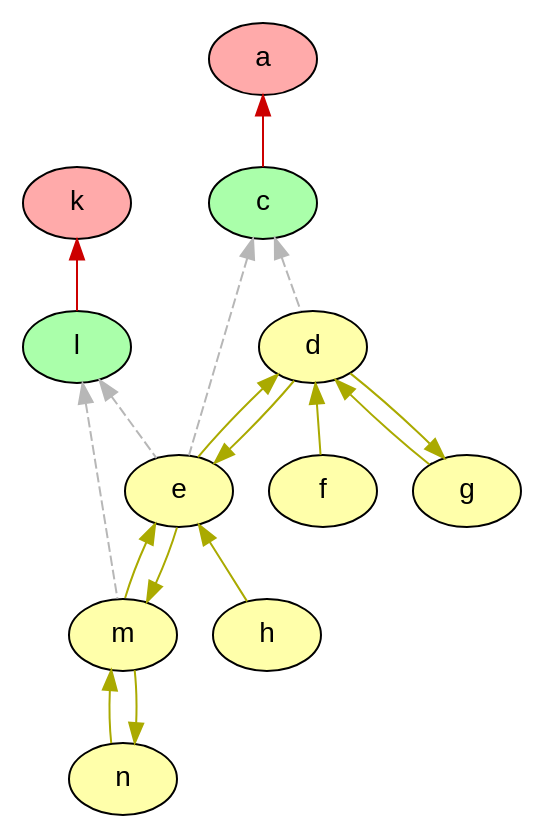
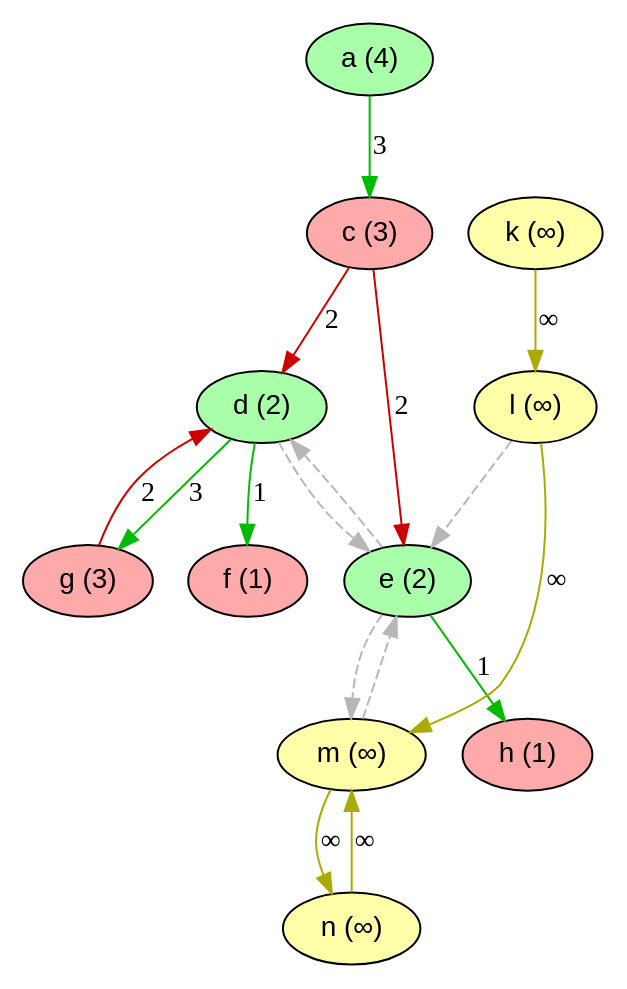
Before and after one commit to idaks/Games-and-Argumentation: the diagram in lib/graphs/game_graph_colored.dot, drawn with Graphviz. The commit also changed 20 other files, not shown here.

```diff
--- a/lib/graphs/game_graph_colored.dot
+++ b/lib/graphs/game_graph_colored.dot
@@ -1,25 +1,38 @@
 digraph G {
   node [shape=oval style=filled fontname=Helvetica fontsize=14]
-  node [fillcolor="#AAFFAA" fontcolor="#000000"] c l;
-  node [fillcolor="#FFAAAA" fontcolor="#000000"] a k;
-  node [fillcolor="#FFFFAA" fontcolor="#000000"] d e m f g h n;
-  edge [dir=back, color="#CC0000", style="solid"]
+  node [fillcolor="#AAFFAA" fontcolor="#000000"] 
+       a[label="a (4)"] 
+       d[label="d (2)"] 
+       e[label="e (2)"];
+  node [fillcolor="#FFAAAA" fontcolor="#000000"] 
+       c[label="c (3)"] 
+       f[label="f (1)"] 
+       g[label="g (3)"] 
+       h[label="h (1)"];
+  node [fillcolor="#FFFFAA" fontcolor="#000000"] 
+       k[label="k (∞)"] 
+       l[label="l (∞)"] 
+       m[label="m (∞)"] 
+       n[label="n (∞)"];
+  edge [dir=forward, color="#00BB00", style="solid", label="3"]
         "a" -> "c";
+        "d" -> "g";
+  edge [dir=forward, color="#AAAA00", style="solid", label="∞"]
         "k" -> "l";
-  edge [dir=back, color="#b7b7b7", style="dashed"]
+        "l" -> "m";
+        "m" -> "n";
+        "n" -> "m";
+  edge [dir=forward, color="#CC0000", style="solid", label="2"]
         "c" -> "d";
         "c" -> "e";
+        "g" -> "d";
+  edge [dir=forward, color="#b7b7b7", style="dashed", label=" "]
         "l" -> "e";
-        "l" -> "m";
-  edge [dir=back, color="#AAAA00", style="solid"]
         "d" -> "e";
         "e" -> "d";
         "e" -> "m";
         "m" -> "e";
+  edge [dir=forward, color="#00BB00", style="solid", label="1"]
         "d" -> "f";
-        "d" -> "g";
-        "g" -> "d";
         "e" -> "h";
-        "m" -> "n";
-        "n" -> "m";
 }
```
